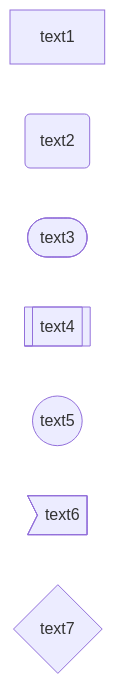
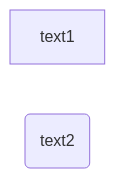
One commit to leaderli/Blog changed the second of 6 diagrams in source/_posts/mermaid.md. Above: the diagram before and after it, drawn with Mermaid. The commit also changed other lines of this file and 16 other files, not shown here.

````diff
--- a/source/_posts/mermaid.md
+++ b/source/_posts/mermaid.md
@@ -43,10 +38,5 @@
 ```mermaid
 graph LR
-   id1[text1];
-   id2(text2);
-   id3([text3]);
-   id4[[text4]];
-   id5((text5));
-   id6>text6];
-   id7{text7};
+   id1[text1]
+   id2(text2)
 ```
````
